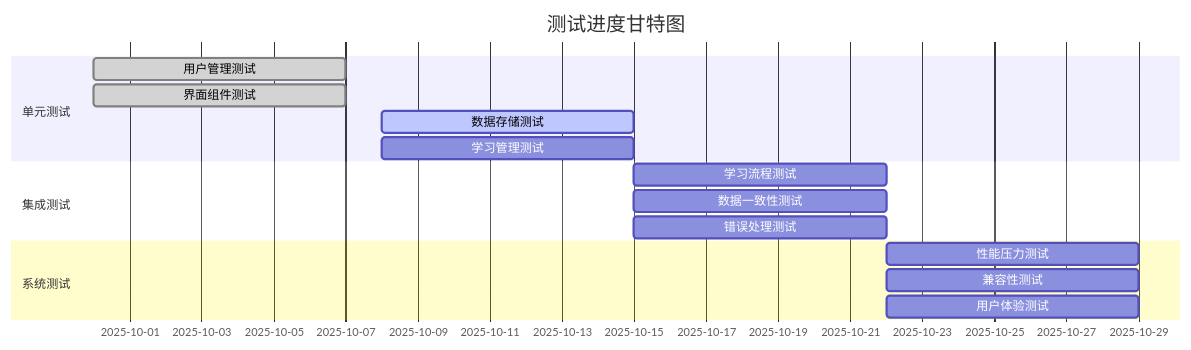
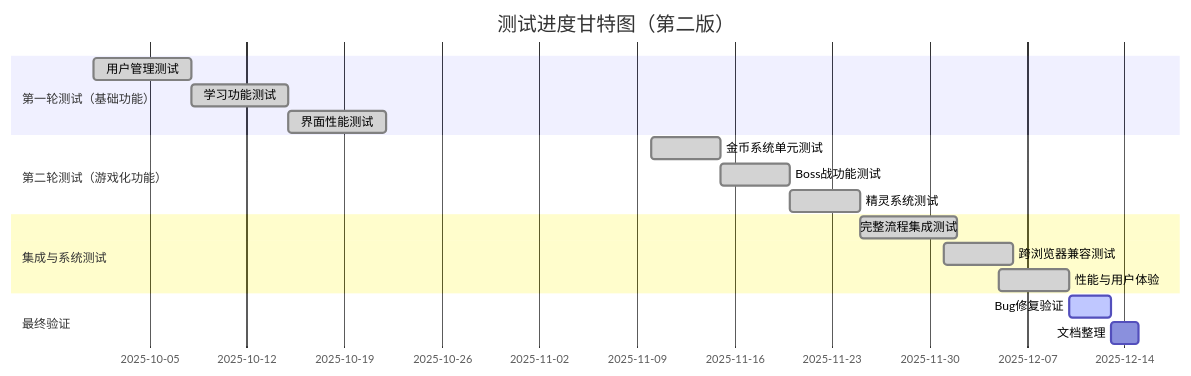
The first of 3 diagrams in Python学习网站第二版/FlowerC文档/FlowerC测试文档v2.0/FlowerC测试文档.md (Licus7/FlowerC), drawn with Mermaid before and after one commit. The commit also changed other lines of this file and 20 other files, not shown here.

````diff
--- a/Python学习网站第二版/FlowerC文档/FlowerC测试文档v2.0/FlowerC测试文档.md
+++ b/Python学习网站第二版/FlowerC文档/FlowerC测试文档v2.0/FlowerC测试文档.md
@@ -237,20 +289,23 @@
 ```mermaid
 gantt
-    title 测试进度甘特图
+    title 测试进度甘特图（第二版）
     dateFormat  YYYY-MM-DD
-    section 单元测试
-    用户管理测试     :done,    test1, 2025-9-30, 7d
-    界面组件测试     :done,    test2, 2025-9-30, 7d
-    数据存储测试     :active,  test3, 2025-10-08, 7d
-    学习管理测试     :         test4, 2025-10-08, 7d
+    section 第一轮测试（基础功能）
+    用户管理测试     :done,    t1, 2025-10-01, 7d
+    学习功能测试     :done,    t2, 2025-10-08, 7d
+    界面性能测试     :done,    t3, 2025-10-15, 7d
     
-    section 集成测试
-    学习流程测试     :         test5, 2025-10-15, 7d
-    数据一致性测试   :         test6, 2025-10-15, 7d
-    错误处理测试     :         test7, 2025-10-15, 7d
+    section 第二轮测试（游戏化功能）
+    金币系统单元测试 :done,    t4, 2025-11-10, 5d
+    Boss战功能测试   :done,    t5, 2025-11-15, 5d
+    精灵系统测试     :done,    t6, 2025-11-20, 5d
     
-    section 系统测试
-    性能压力测试     :         test8, 2025-10-22, 7d
-    兼容性测试       :         test9, 2025-10-22, 7d
-    用户体验测试     :         test10, 2025-10-22, 7d
+    section 集成与系统测试
+    完整流程集成测试 :done,    t7, 2025-11-25, 7d
+    跨浏览器兼容测试 :done,    t8, 2025-12-01, 5d
+    性能与用户体验   :done,    t9, 2025-12-05, 5d
+    
+    section 最终验证
+    Bug修复验证      :active,  t10, 2025-12-10, 3d
+    文档整理         :         t11, 2025-12-13, 2d
 ```
````
